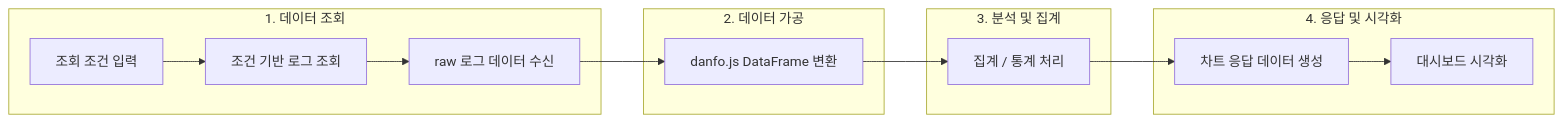
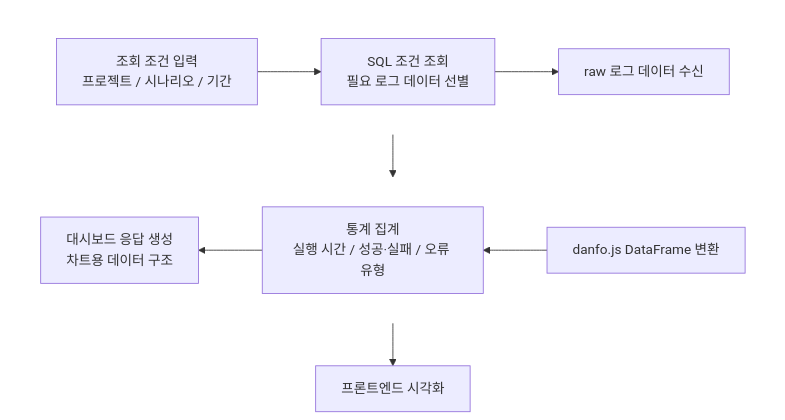
Before and after one commit to Jungwoook/Jungwoook: the diagram in docs/projects/automated-test-monitoring.md, drawn with Mermaid. The commit also changed other lines of this file, not shown here.

````diff
--- a/docs/projects/automated-test-monitoring.md
+++ b/docs/projects/automated-test-monitoring.md
@@ -32,24 +32,18 @@
 ```mermaid
-flowchart LR
-
-    subgraph A["1. 데이터 조회"]
-        A1["조회 조건 입력"]
-        A2["조건 기반 로그 조회"]
-        A3["raw 로그 데이터 수신"]
+flowchart TB
+    subgraph R1[" "]
+        direction LR
+        A["조회 조건 입력<br>프로젝트 / 시나리오 / 기간"] --> B["SQL 조건 조회<br>필요 로그 데이터 선별"] --> C["raw 로그 데이터 수신"]
     end
 
-    subgraph B["2. 데이터 가공"]
-        B1["danfo.js DataFrame 변환"]
+    subgraph R2[" "]
+        direction RL
+        D["danfo.js DataFrame 변환"] --> E["통계 집계<br>실행 시간 / 성공·실패 / 오류 유형"] --> F["대시보드 응답 생성<br>차트용 데이터 구조"]
     end
 
-    subgraph C["3. 분석 및 집계"]
-        C1["집계 / 통계 처리"]
-    end
+    C --> D
+    F --> G["프론트엔드 시각화"]
 
-    subgraph D["4. 응답 및 시각화"]
-        D1["차트 응답 데이터 생성"]
-        D2["대시보드 시각화"]
-    end
-
-    A1 --> A2 --> A3 --> B1 --> C1 --> D1 --> D2
+    style R1 fill:transparent,stroke:transparent
+    style R2 fill:transparent,stroke:transparent
 ```
````
